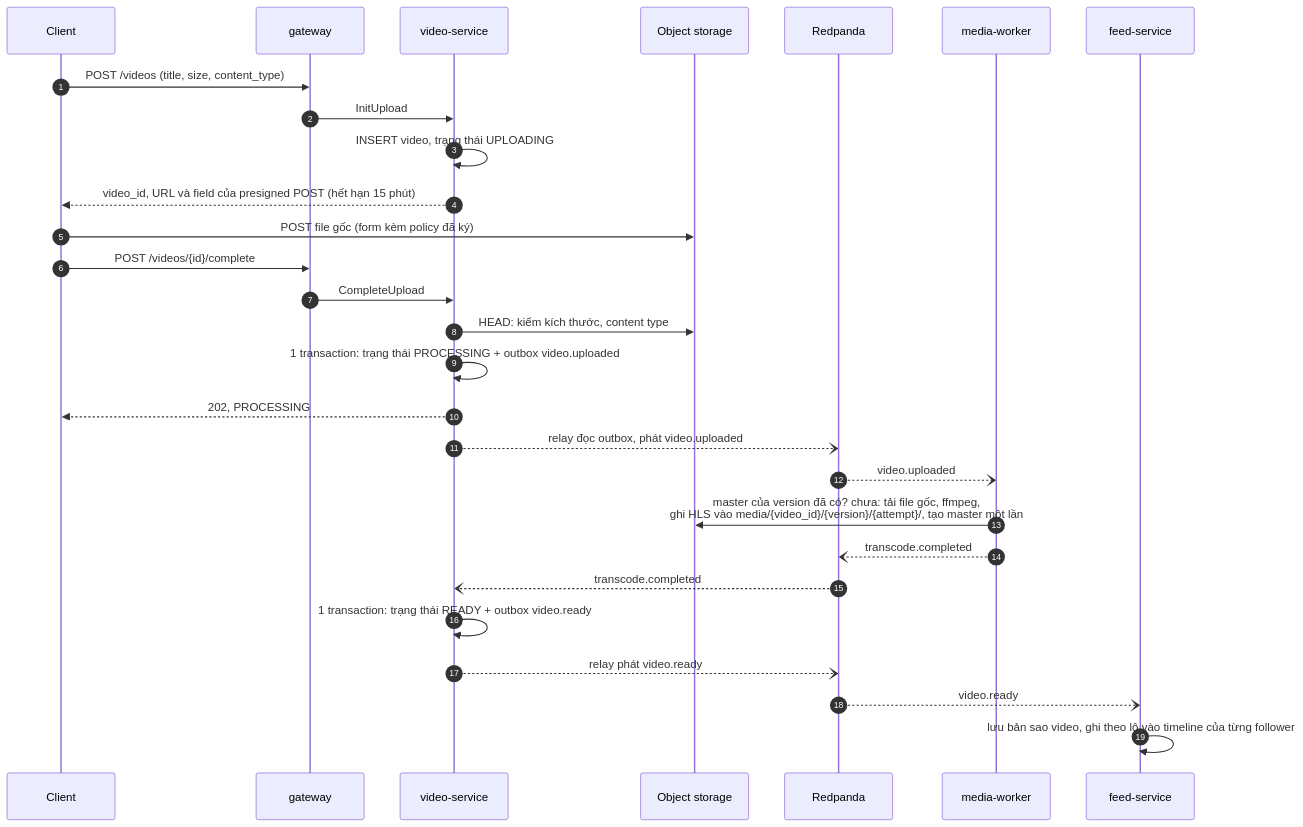
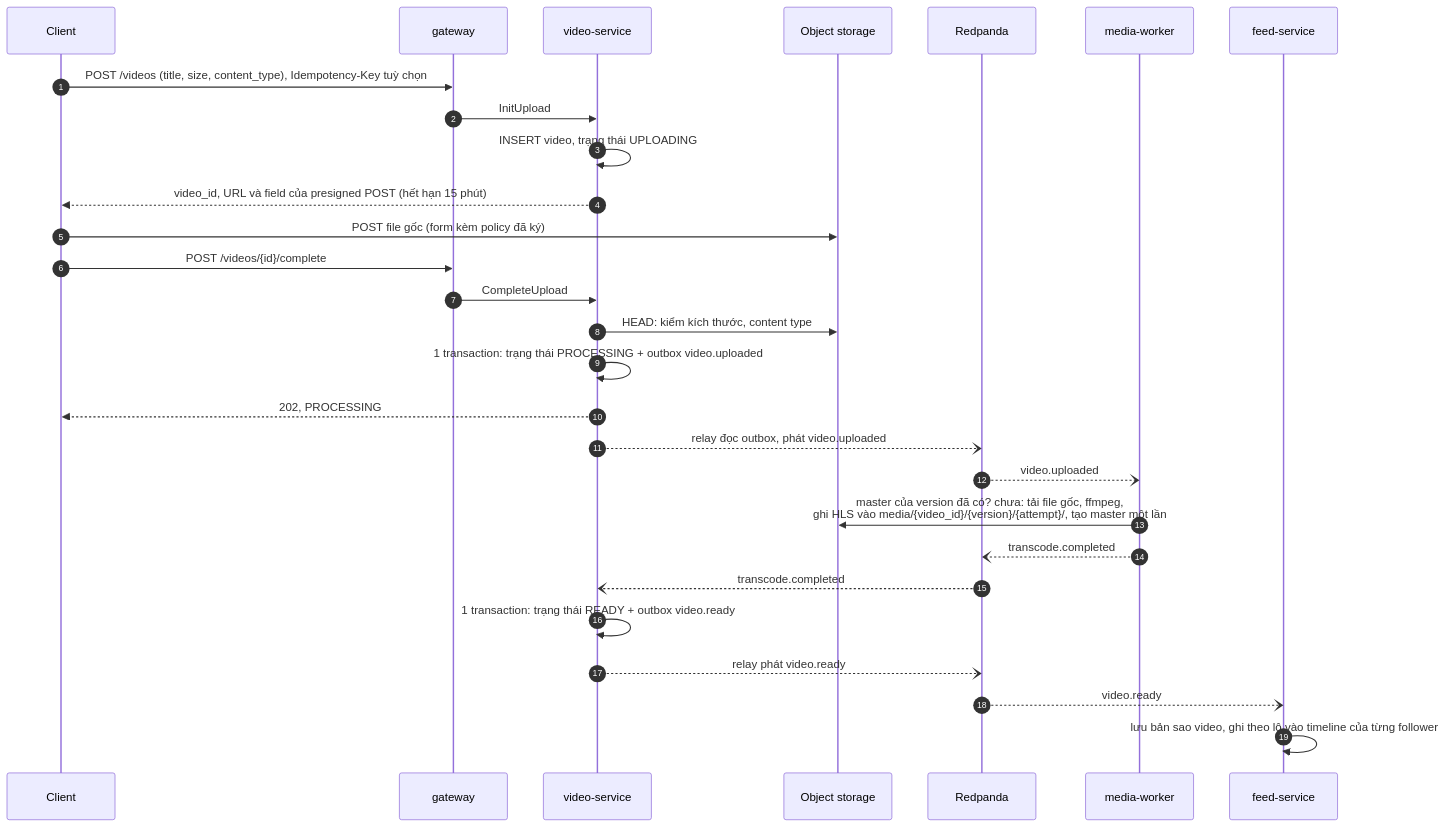
Before and after one commit to anhnvcoder/svp-backend: the ninth of 11 diagrams in docs/architecture.md, drawn with Mermaid. The commit also changed other lines of this file and 79 other files, not shown here.

First line of the commit message:
feat: danh tính giữa service bằng access token, Idempotency-Key, readiness, retry có giới hạn (#78)

````diff
--- a/docs/architecture.md
+++ b/docs/architecture.md
@@ -827,31 +831,31 @@
 ```mermaid
 sequenceDiagram
     autonumber
     participant C as Client
     participant GW as gateway
     participant VS as video-service
     participant S3 as Object storage
     participant RP as Redpanda
     participant MW as media-worker
     participant FS as feed-service
 
-    C->>GW: POST /videos (title, size, content_type)
+    C->>GW: POST /videos (title, size, content_type), Idempotency-Key tuỳ chọn
     GW->>VS: InitUpload
     VS->>VS: INSERT video, trạng thái UPLOADING
     VS-->>C: video_id, URL và field của presigned POST (hết hạn 15 phút)
     C->>S3: POST file gốc (form kèm policy đã ký)
     C->>GW: POST /videos/{id}/complete
     GW->>VS: CompleteUpload
     VS->>S3: HEAD: kiểm kích thước, content type
     VS->>VS: 1 transaction: trạng thái PROCESSING + outbox video.uploaded
     VS-->>C: 202, PROCESSING
     VS--)RP: relay đọc outbox, phát video.uploaded
     RP--)MW: video.uploaded
     MW->>S3: master của version đã có? chưa: tải file gốc, ffmpeg,<br/>ghi HLS vào media/{video_id}/{version}/{attempt}/, tạo master một lần
     MW--)RP: transcode.completed
     RP--)VS: transcode.completed
     VS->>VS: 1 transaction: trạng thái READY + outbox video.ready
     VS--)RP: relay phát video.ready
     RP--)FS: video.ready
     FS->>FS: lưu bản sao video, ghi theo lô vào timeline của từng follower
 ```
````
